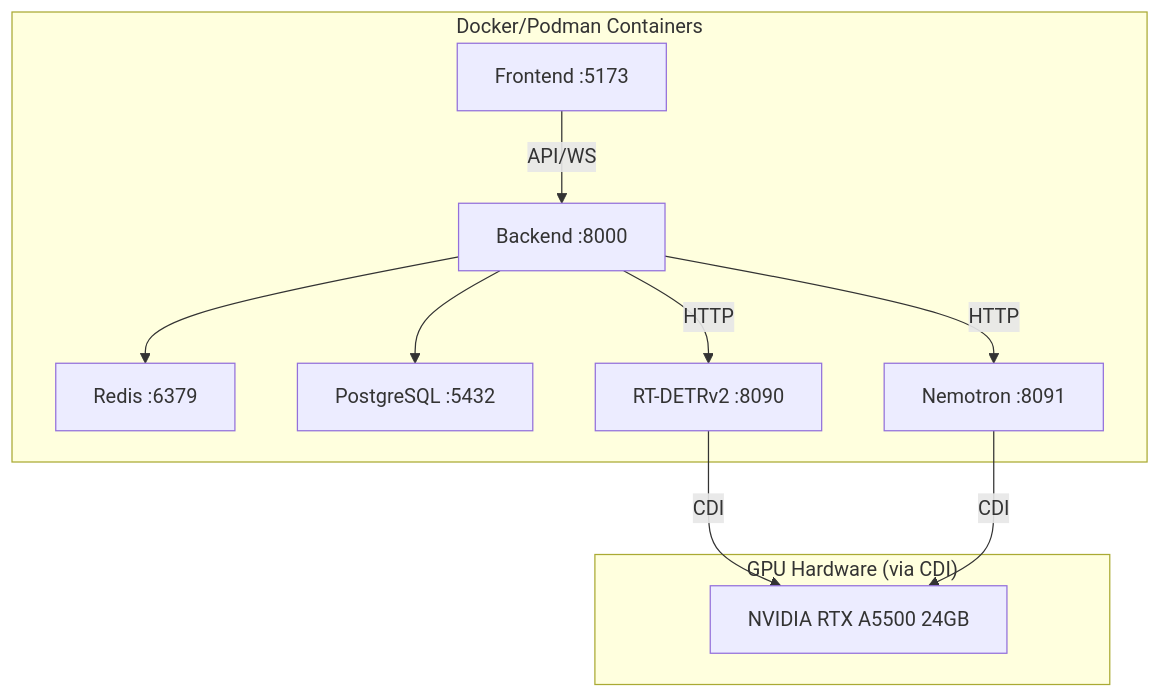
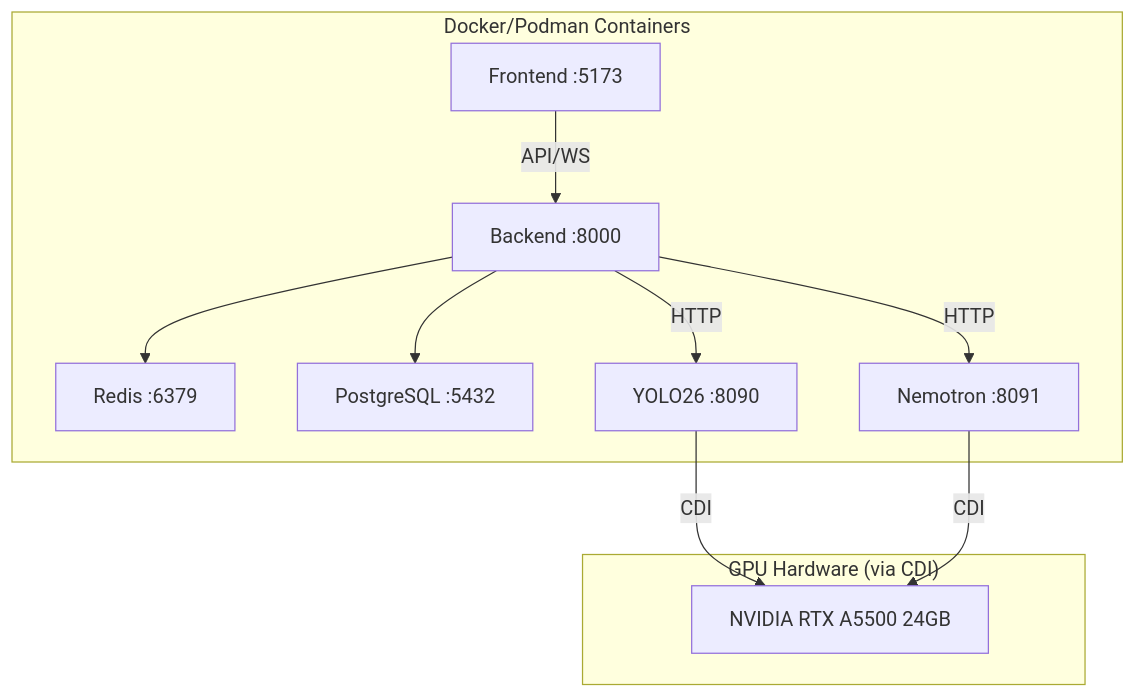
The second of 3 diagrams in docs/architecture/decisions.md (mikesvoboda/nemotron-v3-home-security-intelligence), drawn with Mermaid before and after one commit. The commit also changed other lines of this file and 474 other files, not shown here.

````diff
--- a/docs/architecture/decisions.md
+++ b/docs/architecture/decisions.md
@@ -272,23 +272,23 @@
 ```mermaid
 flowchart TB
     subgraph Containers["Docker/Podman Containers"]
         FE[Frontend :5173]
         BE[Backend :8000]
         RD[Redis :6379]
         PG[PostgreSQL :5432]
-        DET[RT-DETRv2 :8090]
+        DET[YOLO26 :8090]
         LLM[Nemotron :8091]
     end
 
     subgraph Hardware["GPU Hardware (via CDI)"]
         GPU[NVIDIA RTX A5500 24GB]
     end
 
     FE -->|API/WS| BE
     BE --> RD
     BE --> PG
     BE -->|HTTP| DET
     BE -->|HTTP| LLM
     DET -->|CDI| GPU
     LLM -->|CDI| GPU
 ```
````
